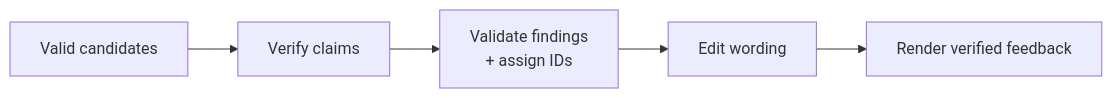
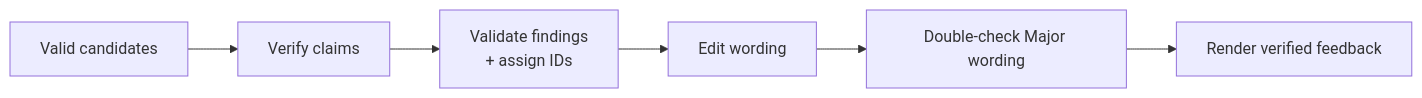
Before and after one commit to willcl-ark/nix: the fifth of 5 diagrams in pkgs/ralph/README.md, drawn with Mermaid. The commit also changed other lines of this file and 17 other files, not shown here.

First line of the commit message:
ralph: double-check Major findings before publication

````diff
--- a/pkgs/ralph/README.md
+++ b/pkgs/ralph/README.md
@@ -335,7 +353,8 @@
 ```mermaid
 flowchart LR
     pool["Valid candidates"] --> verify["Verify claims"]
     verify --> accept["Validate findings<br/>+ assign IDs"]
     accept --> edit["Edit wording"]
-    edit --> render["Render verified feedback"]
+    edit --> major["Double-check Major wording"]
+    major --> render["Render verified feedback"]
 ```
````
